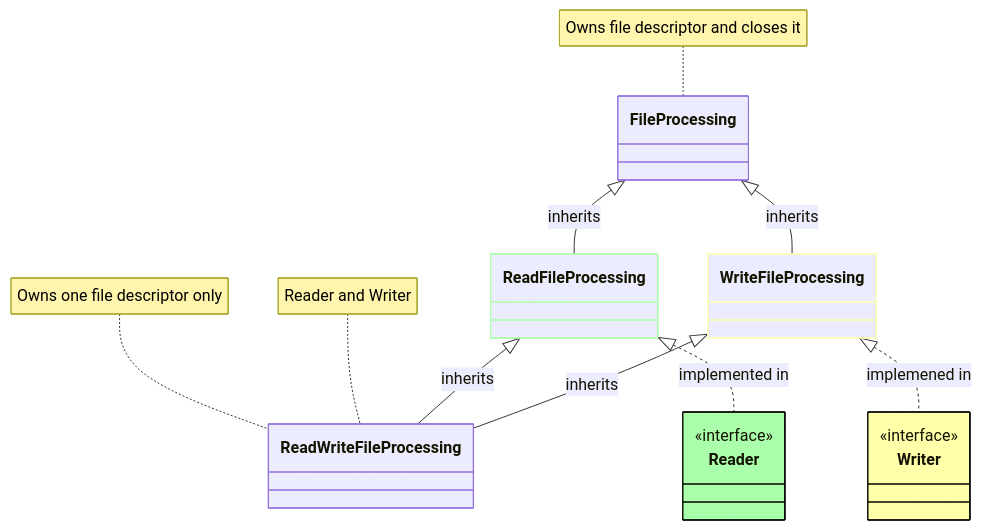
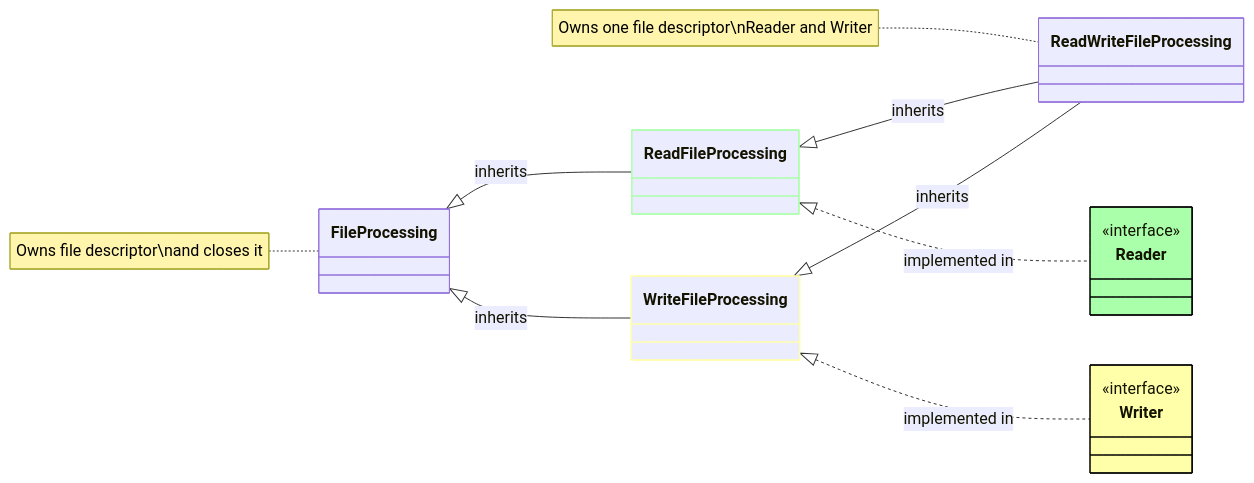
Before and after one commit to zproksi/bpatch: the first of 2 diagrams in README.md, drawn with Mermaid.

Commit message:
added IO creation diagram

````diff
--- a/README.md
+++ b/README.md
@@ -140,33 +140,33 @@
 ```mermaid
 classDiagram
-    direction TB
+    direction LR
     class Writer {
         <<interface>>
     }
     class FileProcessing {
     }
     class WriteFileProcessing {
     }
     class ReadFileProcessing {
     }
     class ReadWriteFileProcessing {
     }
     class Reader {
         <<interface>>
     }
     %% Relationships
     FileProcessing <|-- ReadFileProcessing : inherits
     FileProcessing <|-- WriteFileProcessing : inherits
     ReadFileProcessing <|-- ReadWriteFileProcessing : inherits
     WriteFileProcessing <|-- ReadWriteFileProcessing : inherits
     ReadFileProcessing <|.. Reader : implemented in
-    WriteFileProcessing <|.. Writer : implemened in
+    WriteFileProcessing <|.. Writer : implemented in
+
     %% Styling and notes
     style Reader fill:#AAffAA,stroke:#000000
     style Writer fill:#ffffAA,stroke:#000000
     style ReadFileProcessing stroke:#AAffAA
     style WriteFileProcessing stroke:#ffffAA
-    note for FileProcessing "Owns file descriptor and closes it"
-    note for ReadWriteFileProcessing "Owns one file descriptor only"
-    note for ReadWriteFileProcessing "Reader and Writer"
+    note for FileProcessing "Owns file descriptor\nand closes it"
+    note for ReadWriteFileProcessing "Owns one file descriptor\nReader and Writer"
 ```
````
